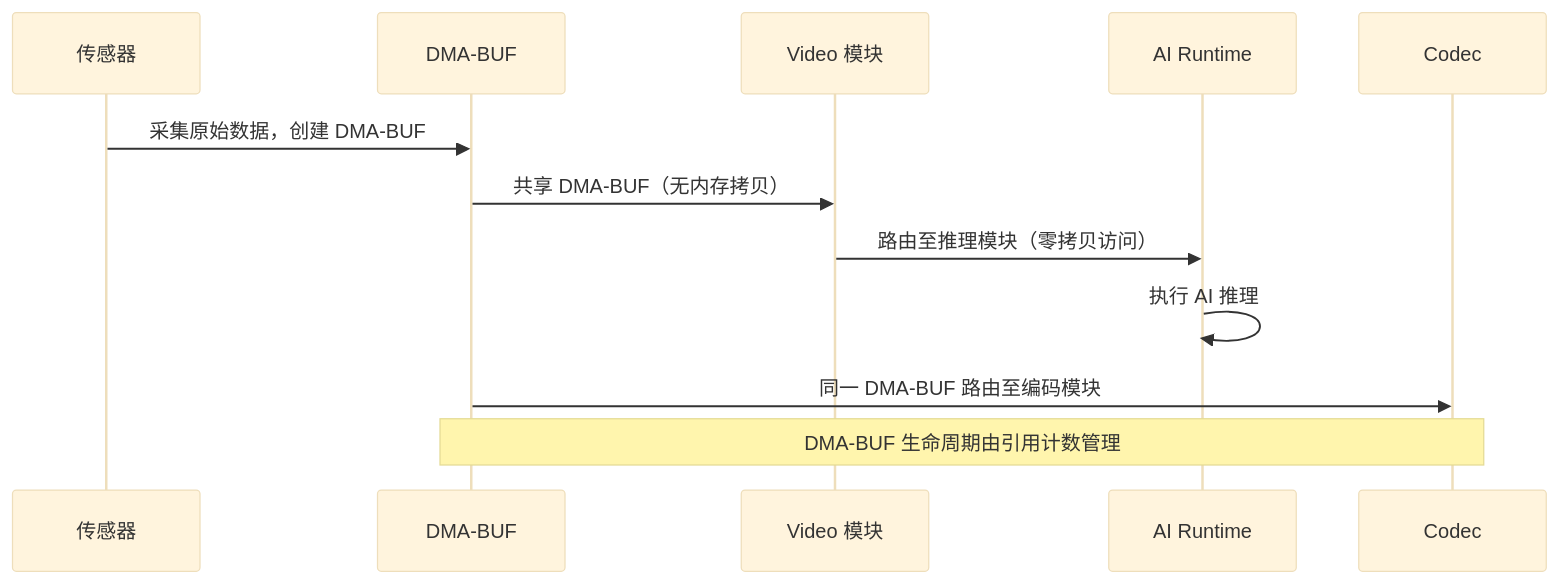
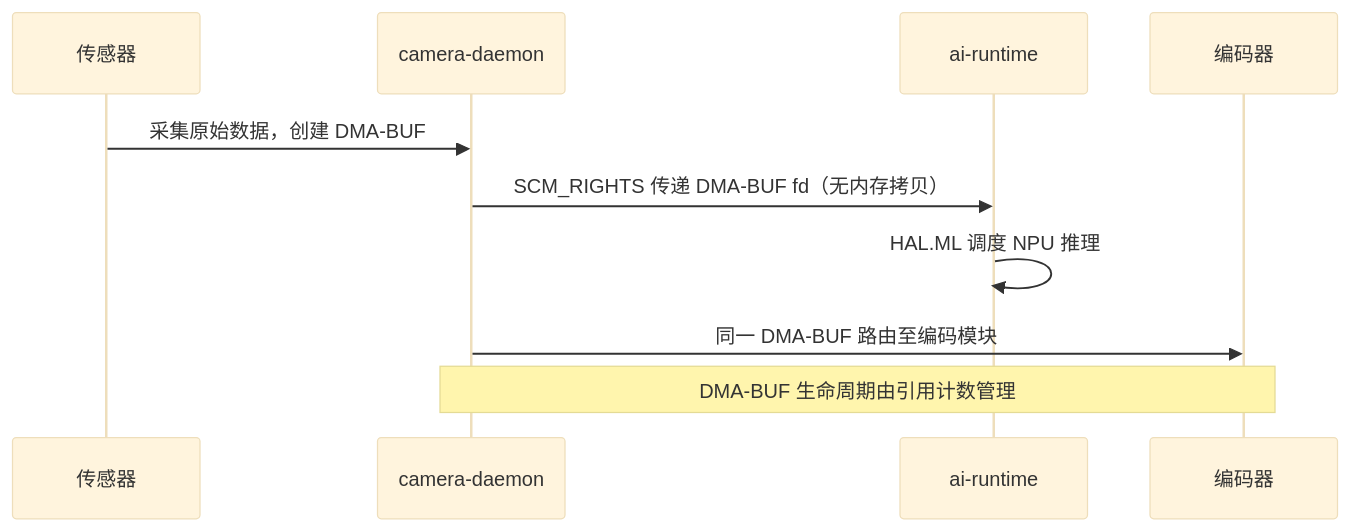
The fourth of 4 diagrams in docs/6-neoeyes-ne503-series/3-software-guide/0-system-architecture.md (luommy/wiki-documents), drawn with Mermaid (base theme) before and after one commit. The commit also changed other lines of this file and 100 other files, not shown here.

````diff
--- a/docs/6-neoeyes-ne503-series/3-software-guide/0-system-architecture.md
+++ b/docs/6-neoeyes-ne503-series/3-software-guide/0-system-architecture.md
@@ -150,15 +164,13 @@
 ```mermaid
 sequenceDiagram
     participant S as 传感器
-    participant D as DMA-BUF
-    participant V as Video 模块
-    participant A as AI Runtime
-    participant C as Codec
+    participant CAM as camera-daemon
+    participant AI as ai-runtime
+    participant E as 编码器
 
-    S->>D: 采集原始数据，创建 DMA-BUF
-    D->>V: 共享 DMA-BUF（无内存拷贝）
-    V->>A: 路由至推理模块（零拷贝访问）
-    A->>A: 执行 AI 推理
-    D->>C: 同一 DMA-BUF 路由至编码模块
-    Note over D,C: DMA-BUF 生命周期由引用计数管理
+    S->>CAM: 采集原始数据，创建 DMA-BUF
+    CAM->>AI: SCM_RIGHTS 传递 DMA-BUF fd（无内存拷贝）
+    AI->>AI: HAL.ML 调度 NPU 推理
+    CAM->>E: 同一 DMA-BUF 路由至编码模块
+    Note over CAM,E: DMA-BUF 生命周期由引用计数管理
 ```
````
